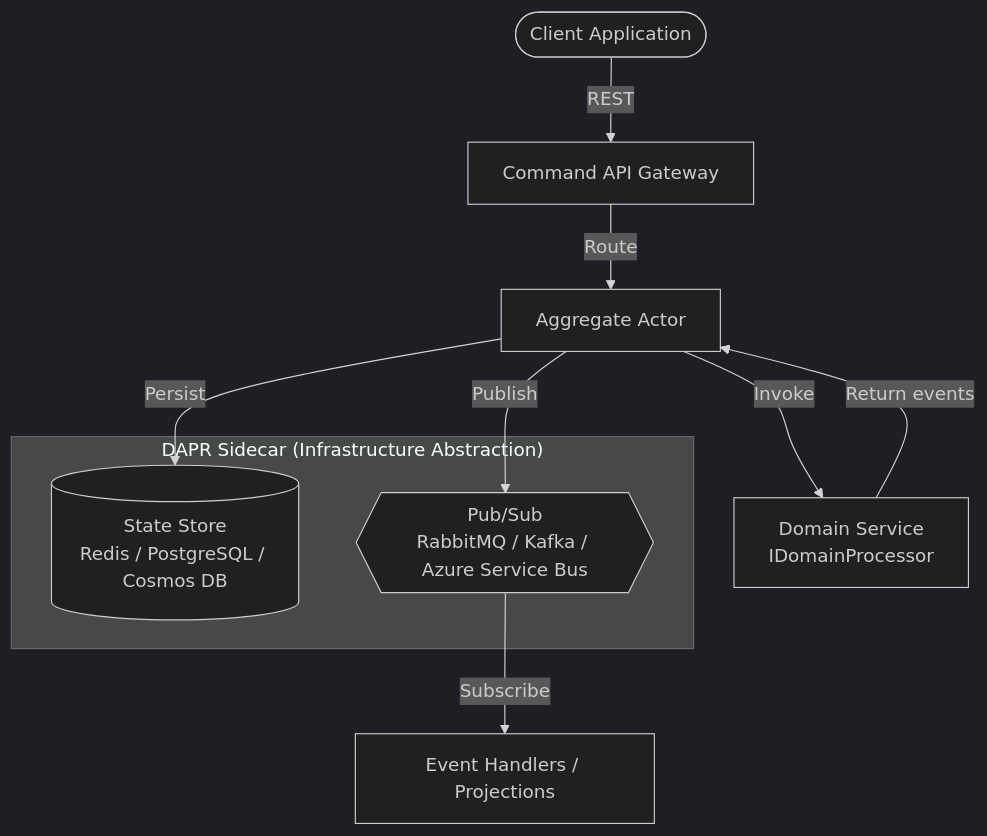
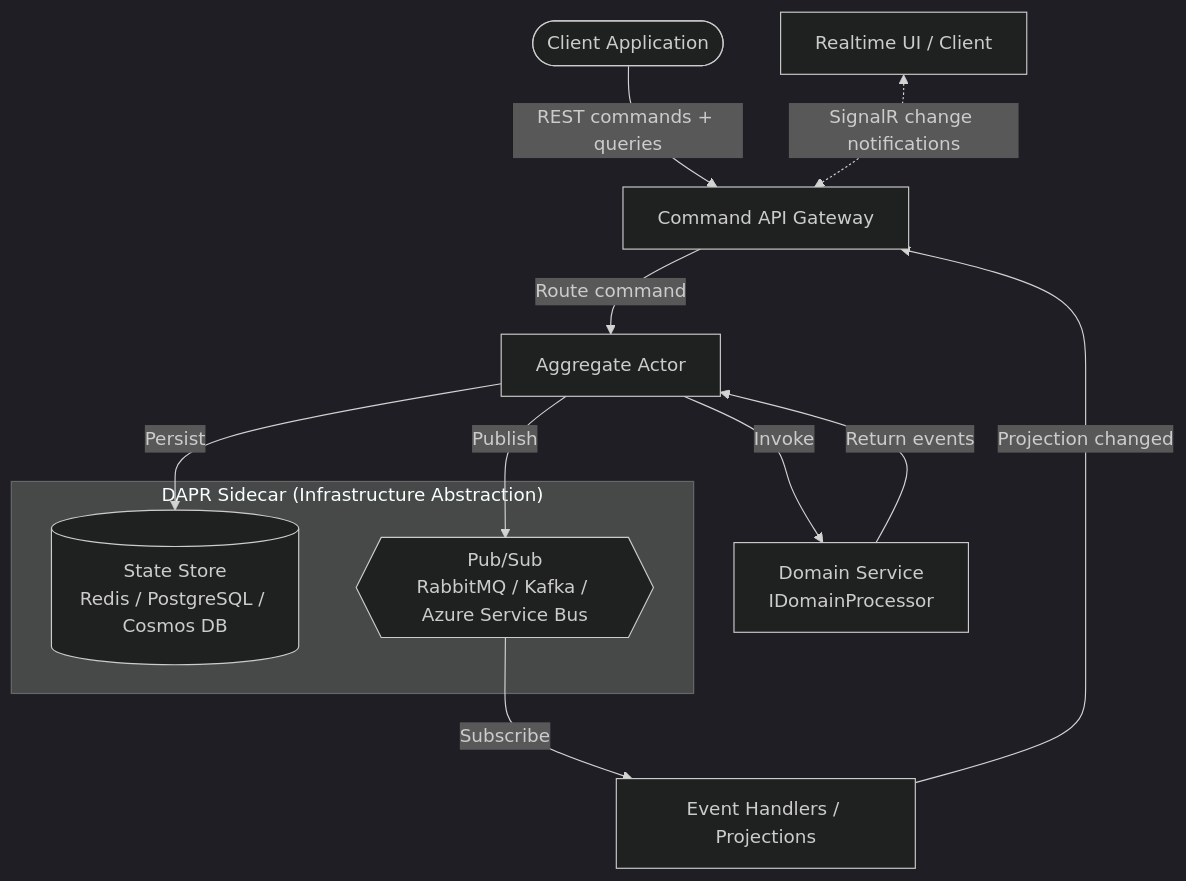
Before and after one commit to Hexalith/Hexalith.EventStore: the diagram in README.md, drawn with Mermaid (dark theme). The commit also changed other lines of this file and 18 other files, not shown here.

First line of the commit message:
Add Query & Projection API documentation, implement MessageType and KebabConverter

````diff
--- a/README.md
+++ b/README.md
@@ -77,15 +79,17 @@
 ```mermaid
 flowchart TB
-    Client([Client Application]) -->|REST| CommandAPI[Command API Gateway]
-    CommandAPI -->|Route| Actor[Aggregate Actor]
+    Client([Client Application]) -->|REST commands + queries| CommandAPI[Command API Gateway]
+    Realtime[Realtime UI / Client] <-.->|SignalR change notifications| CommandAPI
+    CommandAPI -->|Route command| Actor[Aggregate Actor]
     Actor -->|Invoke| Domain[Domain Service<br/>IDomainProcessor]
     Domain -->|Return events| Actor
     Actor -->|Persist| StateStore[(State Store<br/>Redis / PostgreSQL / Cosmos DB)]
     Actor -->|Publish| PubSub{{Pub/Sub<br/>RabbitMQ / Kafka / Azure Service Bus}}
     PubSub -->|Subscribe| Projections[Event Handlers / Projections]
+    Projections -->|Projection changed| CommandAPI
 
     subgraph DAPR ["DAPR Sidecar (Infrastructure Abstraction)"]
         StateStore
         PubSub
     end
 ```
````
